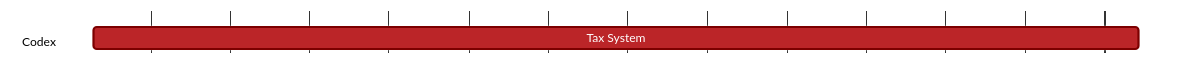
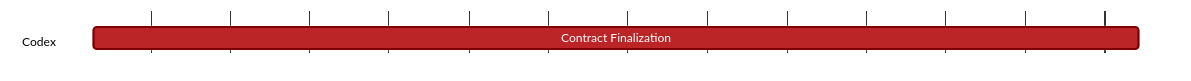
One commit to logos-co/roadmap changed the diagram in content/vac/tke/g/codex/contract-finalization.md. Above: the diagram before and after it, drawn with Mermaid. The commit also changed 3 other files, not shown here.

Commit message:
Fixing section in mermaid of TMs #3

````diff
--- a/content/vac/tke/g/codex/contract-finalization.md
+++ b/content/vac/tke/g/codex/contract-finalization.md
@@ -7,19 +7,19 @@
 ```mermaid
 %%{ 
   init: { 
     'theme': 'base', 
     'themeVariables': { 
       'primaryColor': '#BB2528', 
       'primaryTextColor': '#fff', 
       'primaryBorderColor': '#7C0000', 
       'lineColor': '#F8B229', 
       'secondaryColor': '#006100', 
       'tertiaryColor': '#fff' 
     } 
   } 
 }%%
 gantt
 	dateFormat YYYY-MM-DD
 	section Codex
-		Tax System :, 2024-10-01, 2025-01-01
+		Contract Finalization :, 2024-10-01, 2025-01-01
 ```
````
